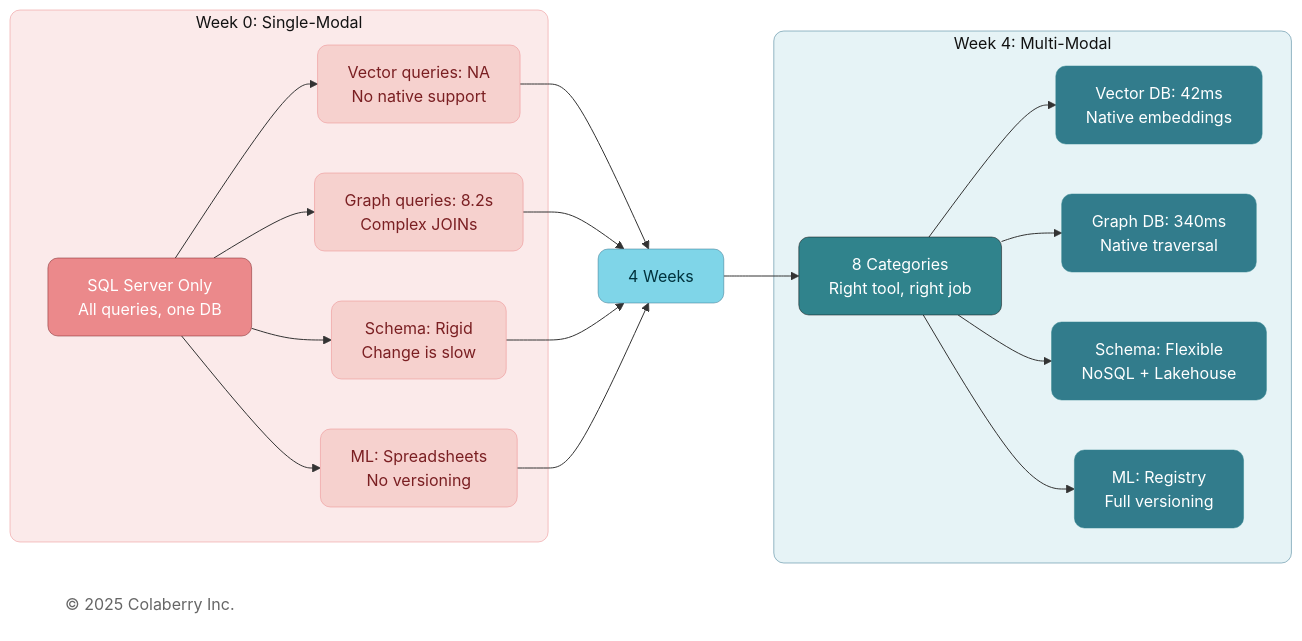
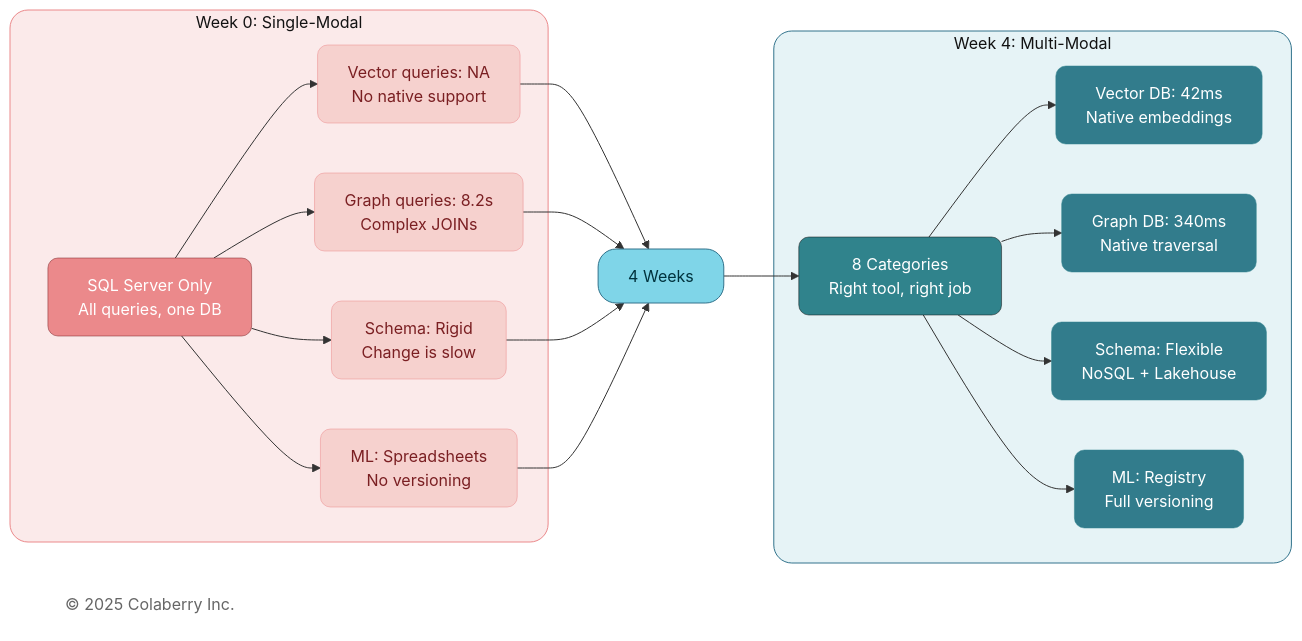
Before and after one commit to saitejesh-cyber/trust-before-intelligence-book: the sixth of 11 diagrams in manuscript/05_chapter_4_foundation_layers.md, drawn with Mermaid. The commit also changed other lines of this file and 12 other files, not shown here.

````diff
--- a/manuscript/05_chapter_4_foundation_layers.md
+++ b/manuscript/05_chapter_4_foundation_layers.md
@@ -658,53 +658,53 @@
 ```mermaid
 
 graph LR
     subgraph BEFORE["Week 0: Single-Modal"]
         OLD["SQL Server Only<br/>All queries, one DB"]
         P1["Vector queries: NA<br/>No native support"]
         P2["Graph queries: 8.2s<br/>Complex JOINs"]
         P3["Schema: Rigid<br/>Change is slow"]
         P4["ML: Spreadsheets<br/>No versioning"]
     end
     
     TRANSFORM["4 Weeks"]
     
     subgraph AFTER["Week 4: Multi-Modal"]
         NEW["8 Categories<br/>Right tool, right job"]
         S1["Vector DB: 42ms<br/>Native embeddings"]
         S2["Graph DB: 340ms<br/>Native traversal"]
         S3["Schema: Flexible<br/>NoSQL + Lakehouse"]
         S4["ML: Registry<br/>Full versioning"]
     end
     
     Copyright["© 2025 Colaberry Inc."]
 
     OLD --> P1
     OLD --> P2
     OLD --> P3
     OLD --> P4
     P1 --> TRANSFORM
     P2 --> TRANSFORM
     P3 --> TRANSFORM
     P4 --> TRANSFORM
     TRANSFORM --> NEW
     NEW --> S1
     NEW --> S2
     NEW --> S3
     NEW --> S4
 
-    style BEFORE fill:#FBEAEA,stroke:#EB898B,stroke-width:0.5px,color:#121212,rx:10,ry:10
+    style BEFORE fill:#FBEAEA,stroke:#EB898B,stroke-width:1px,color:#121212,rx:18,ry:18
     style OLD fill:#EB898B,color:#ffffff,stroke:#7A1F22,stroke-width:0.5px,rx:10,ry:10
     style P1 fill:#F6D1CE,stroke:#EB898B,stroke-width:0.5px,color:#7A1F22,rx:10,ry:10
     style P2 fill:#F6D1CE,stroke:#EB898B,stroke-width:0.5px,color:#7A1F22,rx:10,ry:10
     style P3 fill:#F6D1CE,stroke:#EB898B,stroke-width:0.5px,color:#7A1F22,rx:10,ry:10
     style P4 fill:#F6D1CE,stroke:#EB898B,stroke-width:0.5px,color:#7A1F22,rx:10,ry:10
-    style TRANSFORM fill:#7FD5E8,stroke:#32738C,stroke-width:0.5px,color:#00323D,rx:10,ry:10
-    style AFTER fill:#E6F3F6,stroke:#32738C,stroke-width:0.5px,color:#121212,rx:10,ry:10
+    style TRANSFORM fill:#7FD5E8,stroke:#32738C,stroke-width:1px,color:#00323D,rx:18,ry:18
+    style AFTER fill:#E6F3F6,stroke:#32738C,stroke-width:1px,color:#121212,rx:18,ry:18
     style NEW fill:#30838C,color:#ffffff,stroke:#0D0D0D,stroke-width:0.5px,rx:10,ry:10
     style S1 fill:#327C8C,stroke:#30838C,stroke-width:0.5px,color:#ffffff,rx:10,ry:10
     style S2 fill:#327C8C,stroke:#30838C,stroke-width:0.5px,color:#ffffff,rx:10,ry:10
     style S3 fill:#327C8C,stroke:#30838C,stroke-width:0.5px,color:#ffffff,rx:10,ry:10
     style S4 fill:#327C8C,stroke:#30838C,stroke-width:0.5px,color:#ffffff,rx:10,ry:10
     style Copyright fill:none,stroke:none,color:#666666
 
 ```
````
